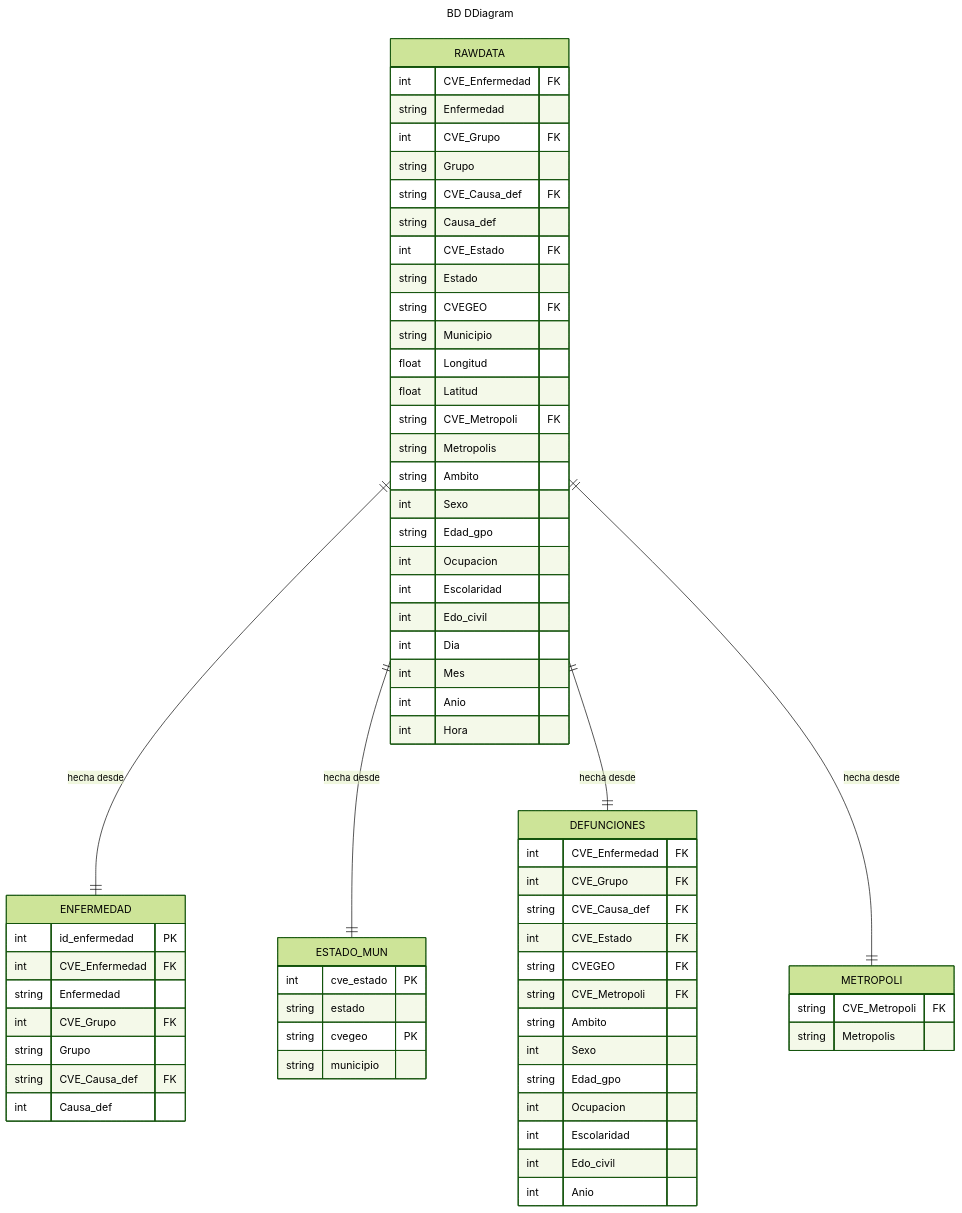
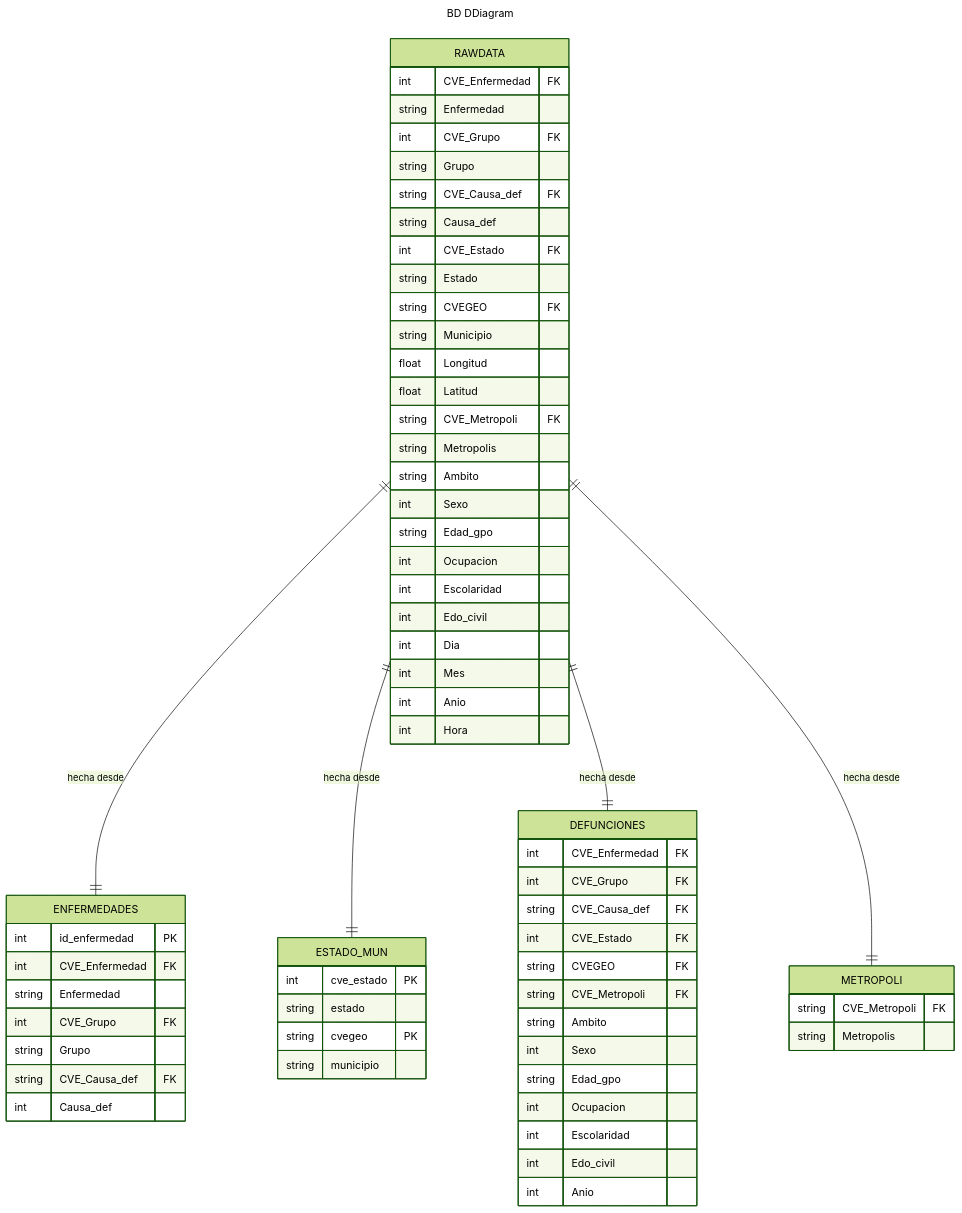
Before and after one commit to chilam-lab/epispecies_back-2.0: the diagram in README.md, drawn with Mermaid (forest theme).

````diff
--- a/README.md
+++ b/README.md
@@ -21,73 +21,73 @@
 ```mermaid
 ---
 title: BD DDiagram
 ---
 erDiagram
 RAWDATA {
     int CVE_Enfermedad FK
     string Enfermedad
     int CVE_Grupo FK
     string Grupo
     string CVE_Causa_def FK
     string Causa_def
     int CVE_Estado FK
     string Estado
     string CVEGEO FK
     string Municipio
     float Longitud
     float Latitud
     string CVE_Metropoli FK
     string Metropolis
     string Ambito
     int Sexo
     string Edad_gpo
     int Ocupacion
     int Escolaridad
     int Edo_civil
     int Dia
     int Mes
     int Anio
     int Hora
 }
 
 ESTADO_MUN {
     int cve_estado PK
     string estado
     string cvegeo PK
     string municipio
 }
 
-ENFERMEDAD {
+ENFERMEDADES {
     int id_enfermedad PK
     int CVE_Enfermedad FK
     string Enfermedad
     int CVE_Grupo FK
     string Grupo
     string CVE_Causa_def FK
     int Causa_def
 }
 DEFUNCIONES {
     int CVE_Enfermedad FK
     int CVE_Grupo FK
     string CVE_Causa_def FK
     int CVE_Estado FK
     string CVEGEO FK
     string CVE_Metropoli FK
     string Ambito
     int Sexo
     string Edad_gpo
     int Ocupacion
     int Escolaridad
     int Edo_civil
     int Anio
 }
 METROPOLI {
     string CVE_Metropoli FK
     string Metropolis
 }
-RAWDATA ||--|| ENFERMEDAD: "hecha desde"
+RAWDATA ||--|| ENFERMEDADES: "hecha desde"
 RAWDATA ||--|| ESTADO_MUN: "hecha desde"
 RAWDATA ||--|| DEFUNCIONES: "hecha desde"
 RAWDATA ||--|| METROPOLI: "hecha desde"
 
 ```
````
